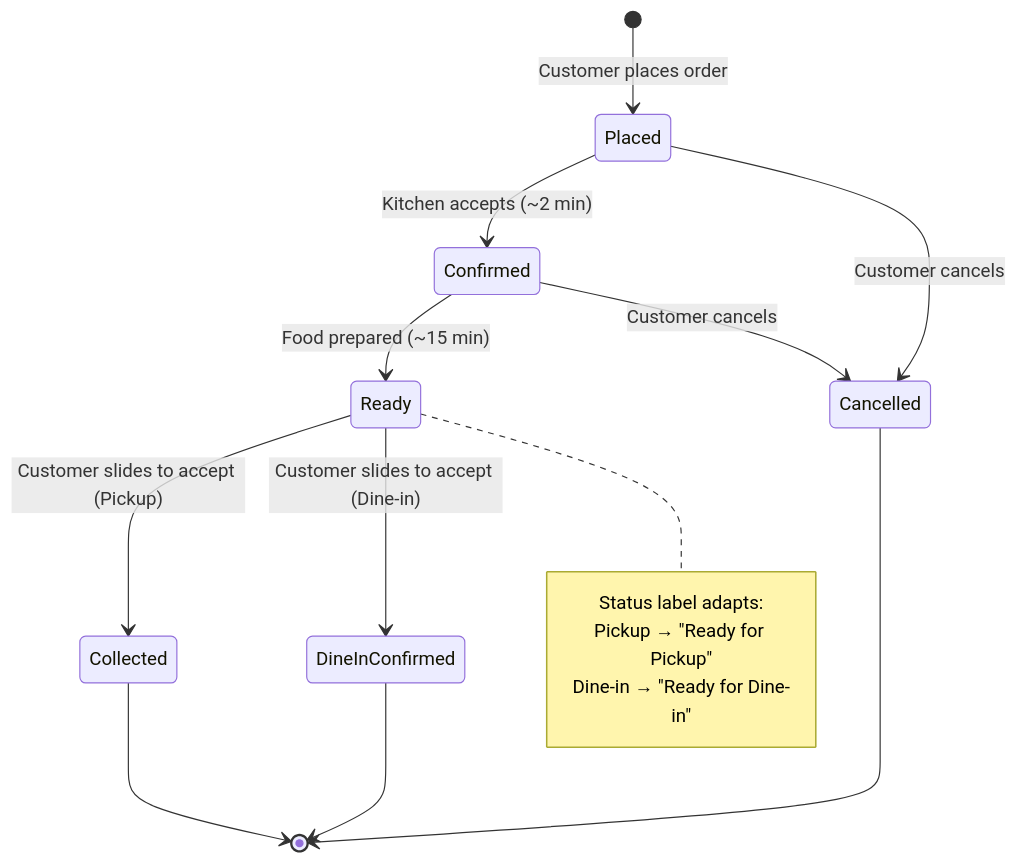
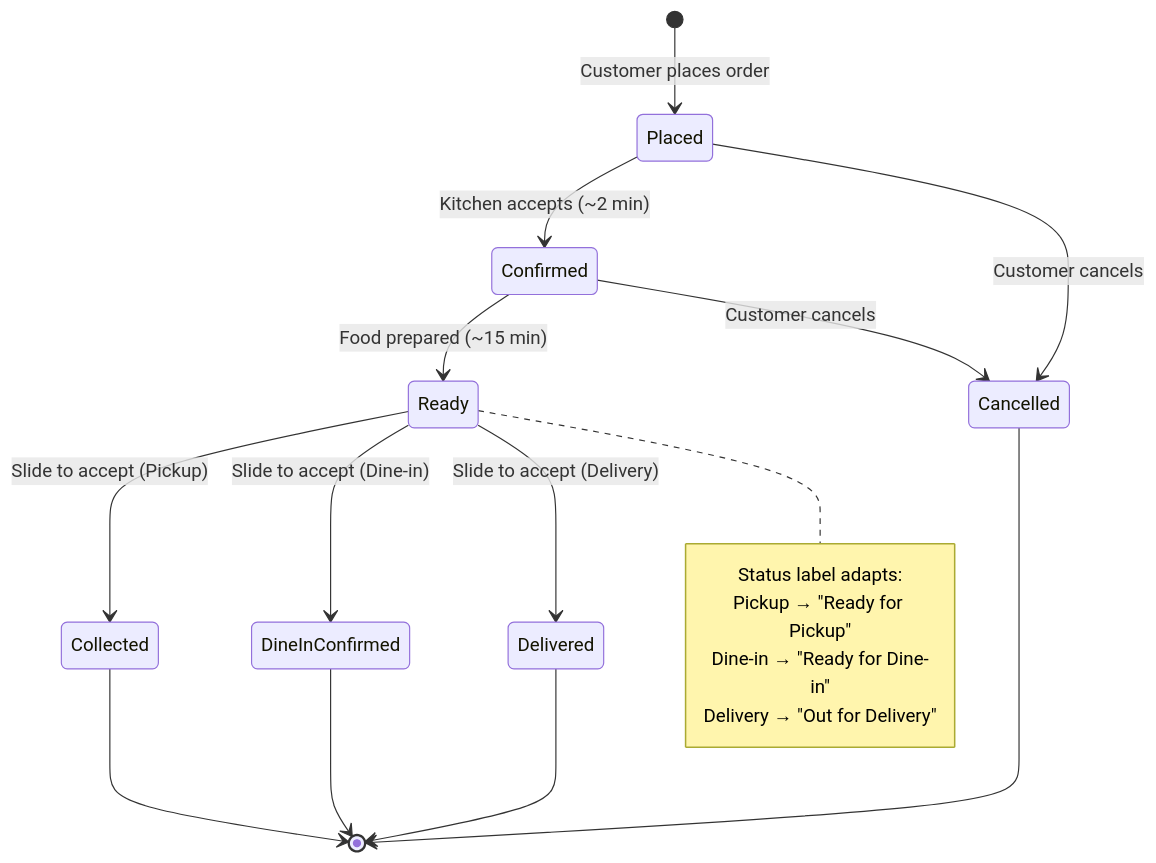
Before and after one commit to csanni/frescos-app: the fourth of 8 diagrams in campus_food_ordering_system/docs/customer_app_system_design.md, drawn with Mermaid. The commit also changed other lines of this file and 21 other files, not shown here.

````diff
--- a/campus_food_ordering_system/docs/customer_app_system_design.md
+++ b/campus_food_ordering_system/docs/customer_app_system_design.md
@@ -161,19 +166,22 @@
 ```mermaid
 stateDiagram-v2
     [*] --> Placed : Customer places order
     Placed --> Confirmed : Kitchen accepts (~2 min)
     Confirmed --> Ready : Food prepared (~15 min)
-    Ready --> Collected : Customer slides to accept (Pickup)
-    Ready --> DineInConfirmed : Customer slides to accept (Dine-in)
+    Ready --> Collected : Slide to accept (Pickup)
+    Ready --> DineInConfirmed : Slide to accept (Dine-in)
+    Ready --> Delivered : Slide to accept (Delivery)
     Collected --> [*]
     DineInConfirmed --> [*]
+    Delivered --> [*]
     Placed --> Cancelled : Customer cancels
     Confirmed --> Cancelled : Customer cancels
     Cancelled --> [*]
 
     note right of Ready
         Status label adapts:
         Pickup → "Ready for Pickup"
         Dine-in → "Ready for Dine-in"
+        Delivery → "Out for Delivery"
     end note
 ```
````
